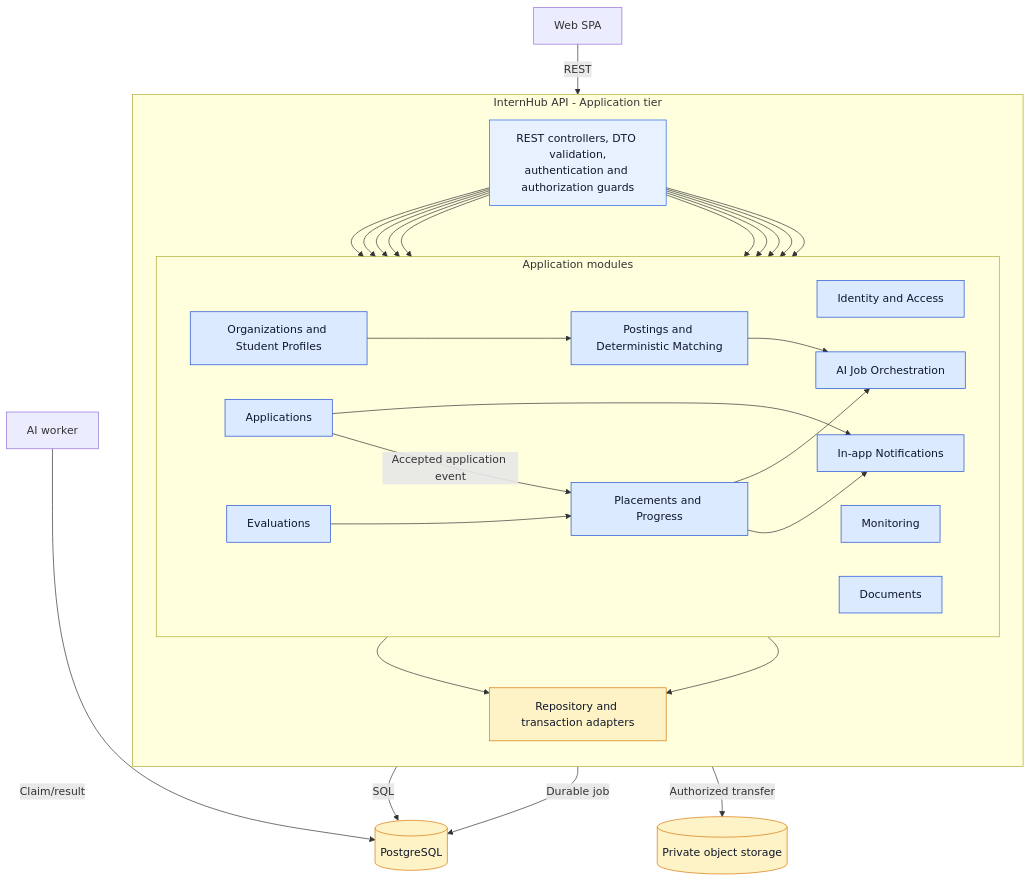
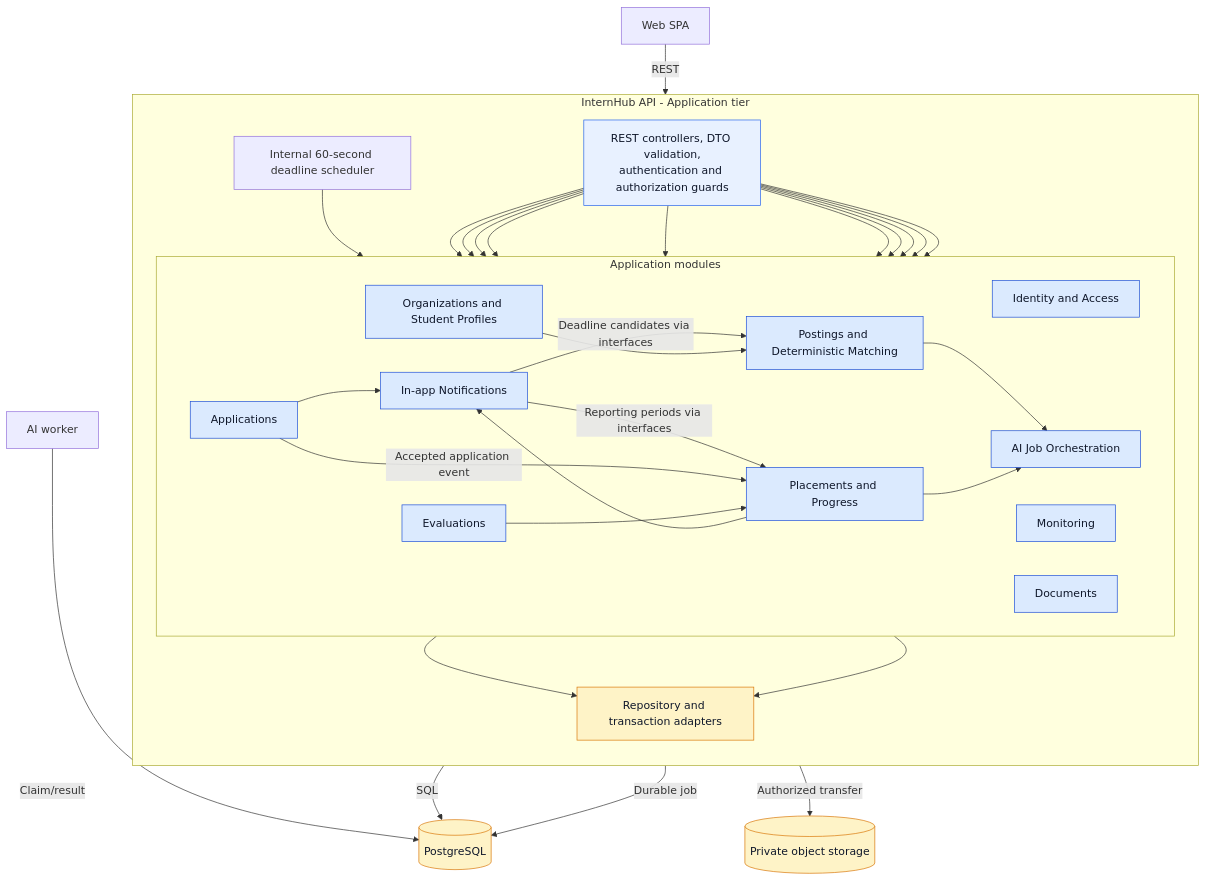
Before and after one commit to Binhdn04/DoanNhatBinh_PMDC_Intern_1109: the third of 3 diagrams in docs/architecture/c4.md, drawn with Mermaid. The commit also changed other lines of this file and 9 other files, not shown here.

````diff
--- a/docs/architecture/c4.md
+++ b/docs/architecture/c4.md
@@ -103,63 +103,67 @@
 ```mermaid
 flowchart TB
   Web[Web SPA]
 
   subgraph API[InternHub API - Application tier]
     direction TB
     Entry[REST controllers, DTO validation,\nauthentication and authorization guards]
 
     subgraph Modules[Application modules]
       direction LR
       Identity[Identity and Access]
       Organization[Organizations and Student Profiles]
       Postings[Postings and Deterministic Matching]
       Applications[Applications]
       Placements[Placements and Progress]
       Evaluations[Evaluations]
       Monitoring[Monitoring]
       Notifications[In-app Notifications]
       Documents[Documents]
       AIJobs[AI Job Orchestration]
     end
 
     Persistence[Repository and transaction adapters]
 
+    Scheduler[Internal 60-second deadline scheduler]
+    Scheduler --> Notifications
+    Notifications -->|Deadline candidates via interfaces| Postings
+    Notifications -->|Reporting periods via interfaces| Placements
     Entry --> Identity
     Entry --> Organization
     Entry --> Postings
     Entry --> Applications
     Entry --> Placements
     Entry --> Evaluations
     Entry --> Monitoring
     Entry --> Notifications
     Entry --> Documents
     Entry --> AIJobs
 
     Organization --> Postings
     Postings --> AIJobs
     Applications -->|Accepted application event| Placements
     Applications --> Notifications
     Placements --> Notifications
     Placements --> AIJobs
     Evaluations --> Placements
     Monitoring --> Persistence
     Modules --> Persistence
   end
 
   Database[(PostgreSQL)]
   Storage[(Private object storage)]
   Worker[AI worker]
 
   Web -->|REST| Entry
   Persistence -->|SQL| Database
   Documents -->|Authorized transfer| Storage
   AIJobs -->|Durable job| Database
   Worker -->|Claim/result| Database
 
   classDef edge fill:#E8F1FF,stroke:#2563EB,color:#0F172A
   classDef module fill:#DBEAFE,stroke:#1D4ED8,color:#0F172A
   classDef data fill:#FEF3C7,stroke:#D97706,color:#0F172A
   class Entry edge
   class Identity,Organization,Postings,Applications,Placements,Evaluations,Monitoring,Notifications,Documents,AIJobs module
   class Persistence,Database,Storage data
 ```
````
